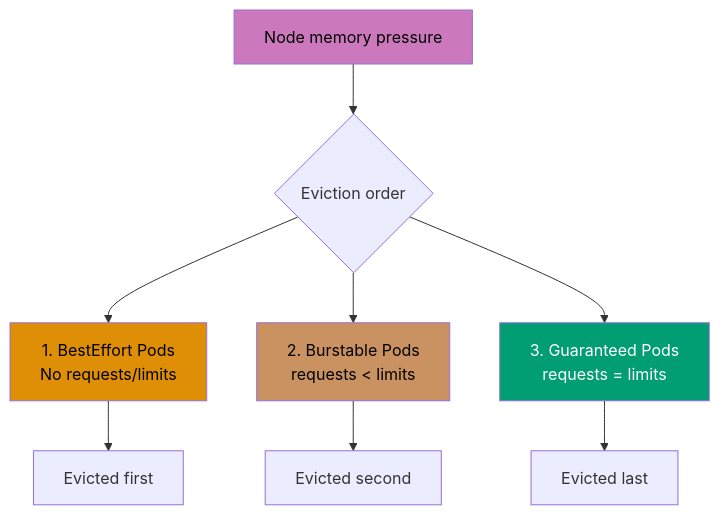
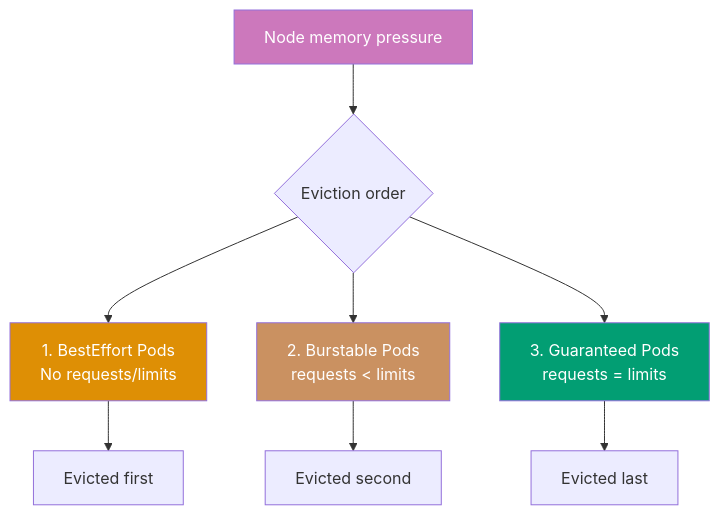
One commit to wahidyankf/open-sharia-enterprise changed the ninth of 12 diagrams in apps/ayokoding-web/content/en/learn/software-engineering/infrastructure/tools/kubernetes/by-example/intermediate.md. Above: the diagram before and after it, drawn with Mermaid. The commit also changed other lines of this file and 61 other files, not shown here.

First line of the commit message:
fix(ayokoding-web): quote Mermaid node labels with special characters in Example 63

````diff
--- a/apps/ayokoding-web/content/en/learn/software-engineering/infrastructure/tools/kubernetes/by-example/intermediate.md
+++ b/apps/ayokoding-web/content/en/learn/software-engineering/infrastructure/tools/kubernetes/by-example/intermediate.md
@@ -1984,16 +1984,16 @@
 ```mermaid
 %% QoS eviction priority
 graph TD
     A[Node memory pressure] --> B{Eviction order}
     B --> C[1. BestEffort Pods<br/>No requests/limits]
     B --> D[2. Burstable Pods<br/>requests < limits]
     B --> E[3. Guaranteed Pods<br/>requests = limits]
     C --> F[Evicted first]
     D --> G[Evicted second]
     E --> H[Evicted last]
 
-    style A fill:#CC78BC,color:#000
-    style C fill:#DE8F05,color:#000
-    style D fill:#CA9161,color:#000
+    style A fill:#CC78BC,color:#fff
+    style C fill:#DE8F05,color:#fff
+    style D fill:#CA9161,color:#fff
     style E fill:#029E73,color:#fff
 ```
````
